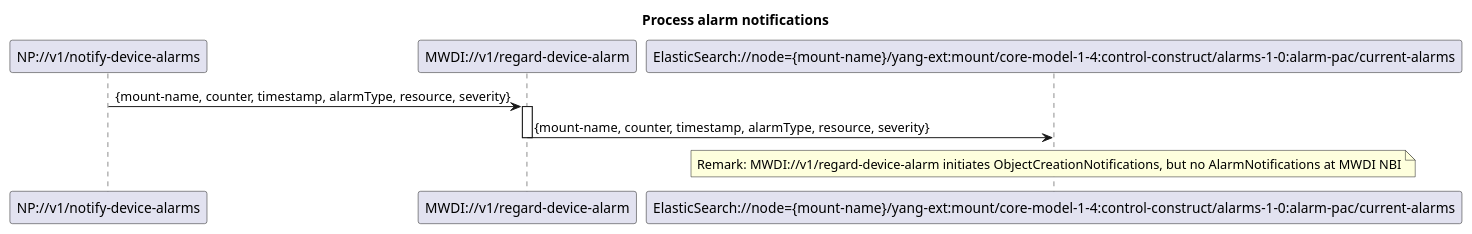
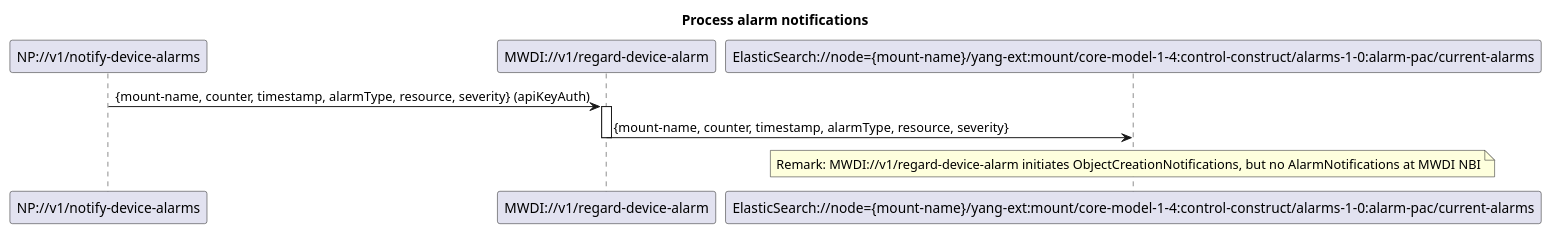
The diagram in spec/diagrams/022_NotificationBasedAlarmListUpdate.plantuml (openBackhaul/MicroWaveDeviceInventory), drawn with PlantUML before and after one commit. The commit also changed 9 other files, not shown here.

Commit message:
Update ServiceList based on diagrams

```diff
--- a/spec/diagrams/022_NotificationBasedAlarmListUpdate.plantuml
+++ b/spec/diagrams/022_NotificationBasedAlarmListUpdate.plantuml
@@ -1,19 +1,19 @@
 @startuml 022_NotificationBasedAlarmListUpdate
 
 skinparam responseMessageBelowArrow true
 
 title Process alarm notifications
 
 participant "NP://v1/notify-device-alarms" as subscription
 participant "MWDI://v1/regard-device-alarm" as regardAlarm
 participant "ElasticSearch://node={mount-name}/yang-ext:mount/core-model-1-4:control-construct/alarms-1-0:alarm-pac/current-alarms" as es
 
-subscription -> regardAlarm: {mount-name, counter, timestamp, alarmType, resource, severity}
+subscription -> regardAlarm: {mount-name, counter, timestamp, alarmType, resource, severity} (apiKeyAuth)
 activate regardAlarm
 
 regardAlarm -> es: {mount-name, counter, timestamp, alarmType, resource, severity}
 deactivate regardAlarm
 
 note over es: Remark: MWDI://v1/regard-device-alarm initiates ObjectCreationNotifications, but no AlarmNotifications at MWDI NBI
 
 @enduml
```
